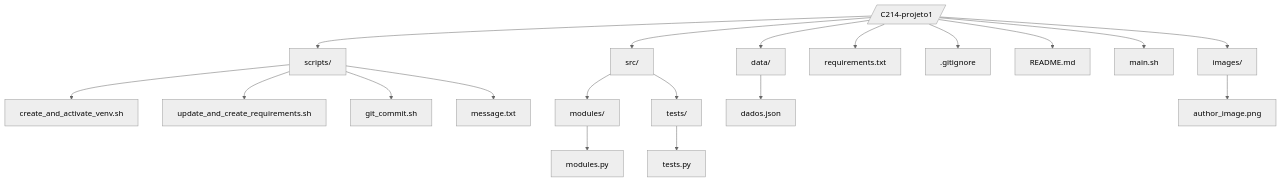
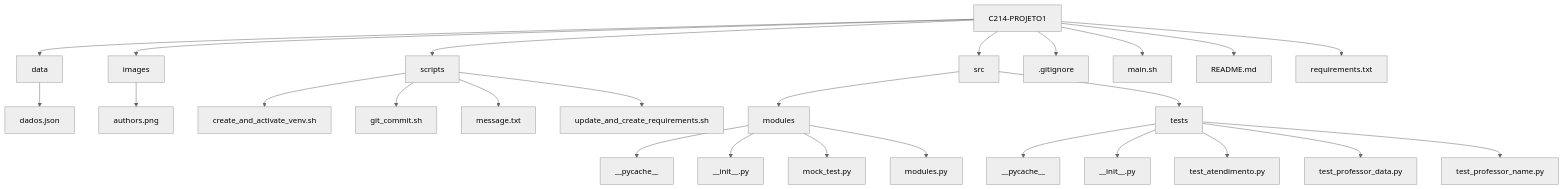
The diagram in README.md (matheusAFONSECA/C214-projeto1), drawn with Mermaid (neutral theme) before and after one commit. The commit also changed other lines of this file and 1 other file, not shown here.

Commit message:
feat(project): update ReadMe.md
Updating ReadMe.md to
explains how to run the
project and the
codes/folders presents
on the project.

````diff
--- a/README.md
+++ b/README.md
@@ -13,27 +13,34 @@
 ```mermaid
 graph TD;
-    A[/C214-projeto1/]
-    
-    A --> B[scripts/]
-    B --> B1[create_and_activate_venv.sh]
-    B --> B2[update_and_create_requirements.sh]
-    B --> B3[git_commit.sh]
-    B --> B4[message.txt]
-    
-    A --> C[src/]
-    C --> C1[modules/]
-    C1 --> C1a[modules.py]
-    C --> C2[tests/]
-    C2 --> C2a[tests.py]
-    
-    A --> D[data/]
-    D --> D1[dados.json]
-    
-    A --> E[requirements.txt]
+    A[C214-PROJETO1] --> B[data]
+    A --> C[images]
+    A --> D[scripts]
+    A --> E[src]
     A --> F[.gitignore]
-    A --> G[README.md]
-    A --> H[main.sh]
+    A --> G[main.sh]
+    A --> H[README.md]
+    A --> I[requirements.txt]
 
-    A --> I[images/]
-    I --> I1[author_image.png]
+    B --> J[dados.json]
+
+    C --> K[authors.png]
+
+    D --> L[create_and_activate_venv.sh]
+    D --> M[git_commit.sh]
+    D --> N[message.txt]
+    D --> O[update_and_create_requirements.sh]
+
+    E --> P[modules]
+    E --> Q[tests]
+
+    P --> R[__pycache__]
+    P --> S[__init__.py]
+    P --> T[mock_test.py]
+    P --> U[modules.py]
+
+    Q --> V[__pycache__]
+    Q --> W[__init__.py]
+    Q --> X[test_atendimento.py]
+    Q --> Y[test_professor_data.py]
+    Q --> Z[test_professor_name.py]
 ```
````
